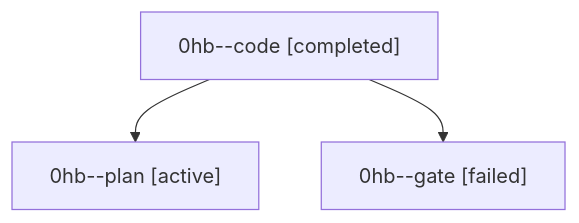
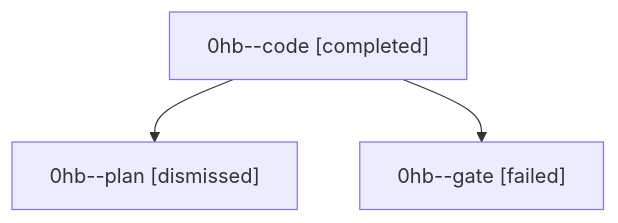
Before and after one commit to sase-org/sase--agents: the diagram in sessions/bbugyi200.athena.0hb.md, drawn with Mermaid. The commit also changed other lines of this file and 34 other files, not shown here.

````diff
--- a/sessions/bbugyi200.athena.0hb.md
+++ b/sessions/bbugyi200.athena.0hb.md
@@ -9,8 +9,8 @@
 ```mermaid
 flowchart TD
   n0["0hb--code [completed]"]
-  n1["0hb--plan [active]"]
+  n1["0hb--plan [dismissed]"]
   n0 --> n1
   n2["0hb--gate [failed]"]
   n0 --> n2
 ```
````
